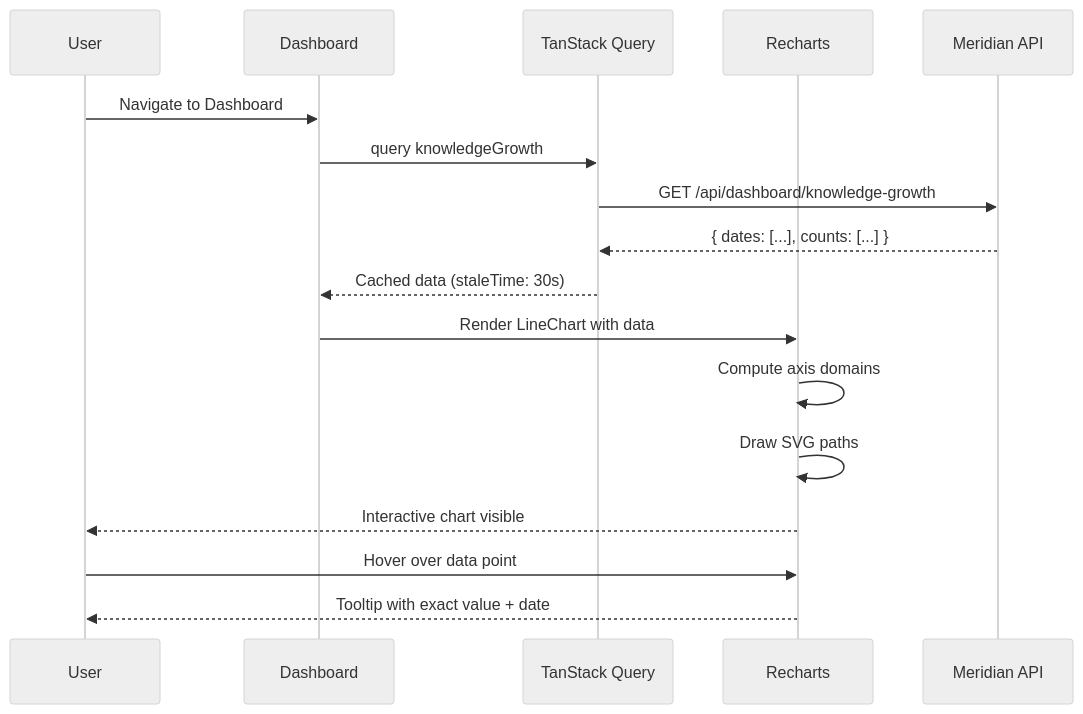
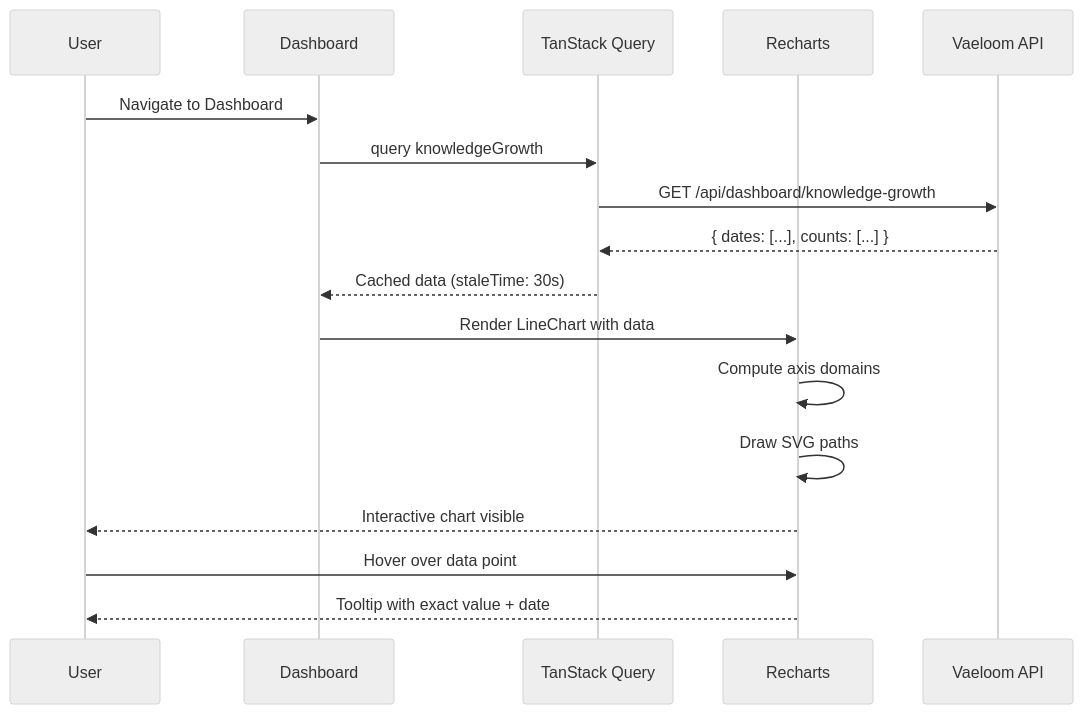
The second of 2 diagrams in Docs/Frontend/Charts.md (Driftloom/Vaeloom), drawn with Mermaid (neutral theme) before and after one commit. The commit also changed other lines of this file and 249 other files, not shown here.

Commit message:
Rename all references from Meridian to Vaeloom across docs, scripts, and config

````diff
--- a/Docs/Frontend/Charts.md
+++ b/Docs/Frontend/Charts.md
@@ -154,21 +154,21 @@
 ```mermaid
 sequenceDiagram
     participant U as User
     participant D as Dashboard
     participant TQ as TanStack Query
     participant RC as Recharts
-    participant API as Meridian API
+    participant API as Vaeloom API
 
     U->>D: Navigate to Dashboard
     D->>TQ: query knowledgeGrowth
     TQ->>API: GET /api/dashboard/knowledge-growth
     API-->>TQ: { dates: [...], counts: [...] }
     TQ-->>D: Cached data (staleTime: 30s)
     D->>RC: Render LineChart with data
     RC->>RC: Compute axis domains
     RC->>RC: Draw SVG paths
     RC-->>U: Interactive chart visible
 
     U->>RC: Hover over data point
     RC-->>U: Tooltip with exact value + date
 ```
````
